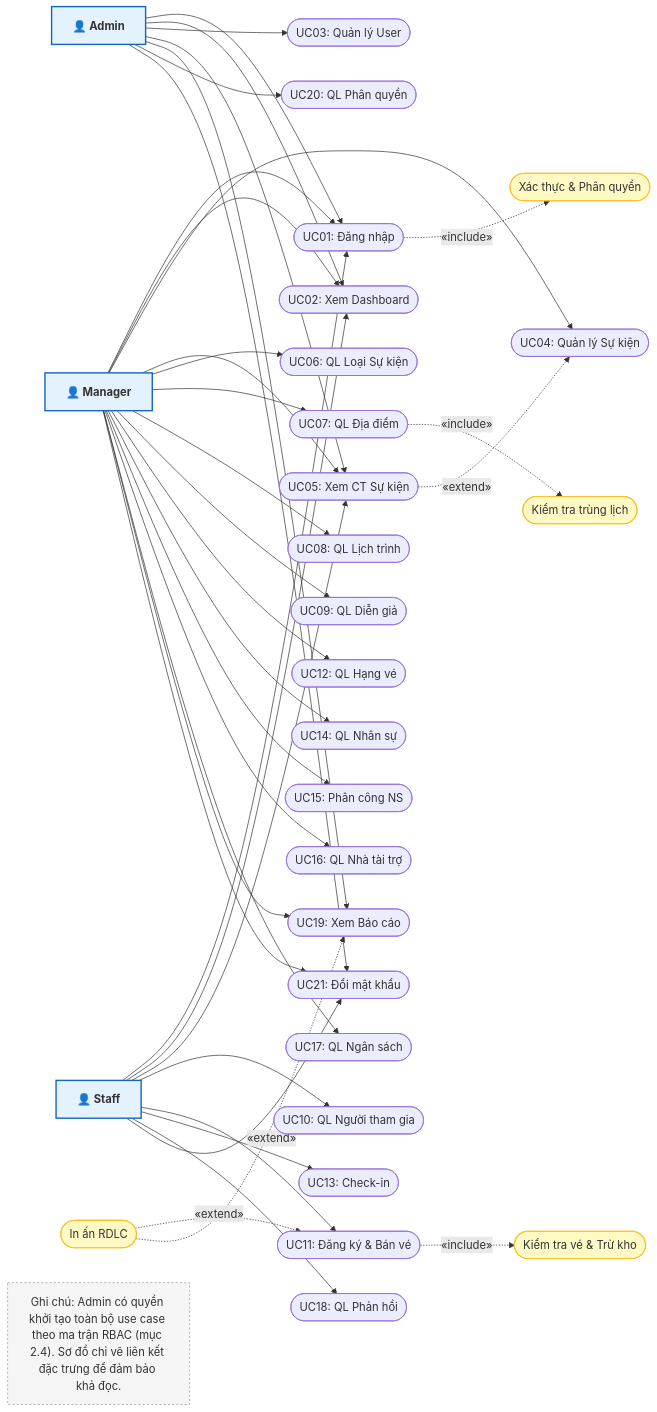
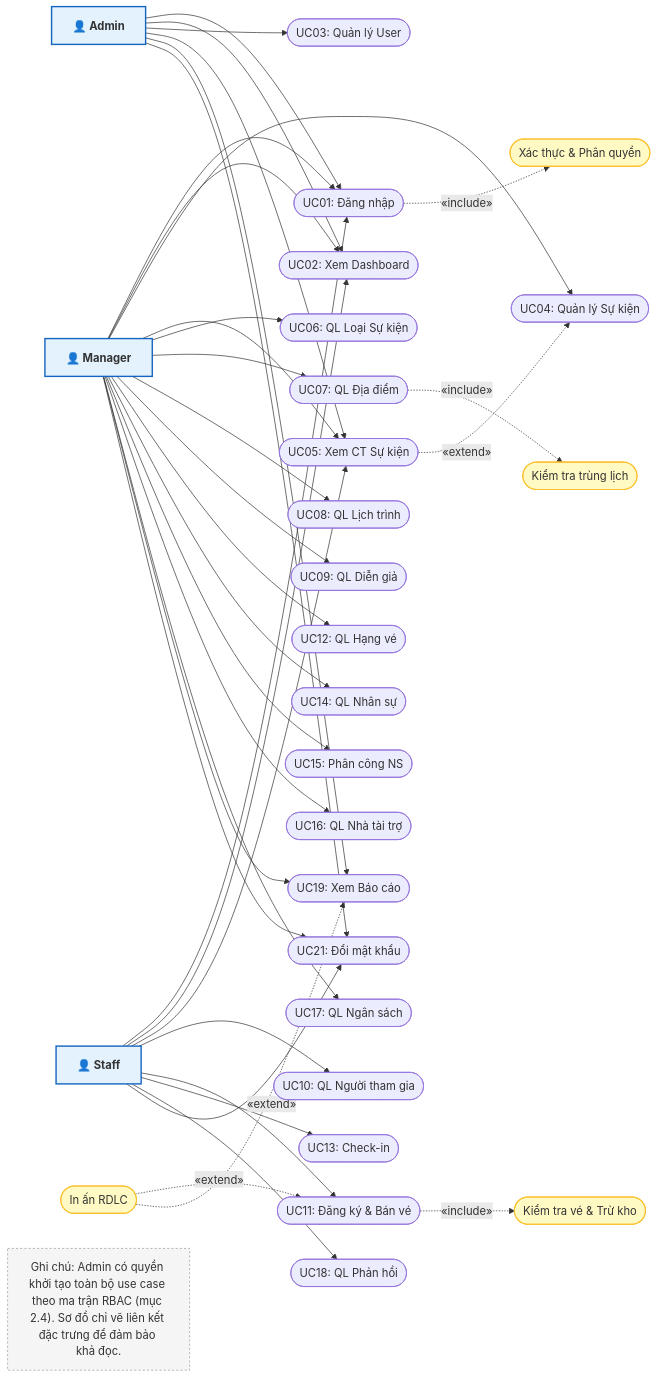
Before and after one commit to phattvh/WindowsProgramming_EventManagement: the diagram in docs/03. Sơ Đồ UseCase.md, drawn with Mermaid. The commit also changed other lines of this file and 23 other files, not shown here.

````diff
--- a/docs/03. Sơ Đồ UseCase.md
+++ b/docs/03. Sơ Đồ UseCase.md
@@ -185,62 +182,61 @@
 ```mermaid
 flowchart LR
 %% ===== DIỄN VIÊN (ACTORS) =====
 A["👤 Admin"]
 M["👤 Manager"]
 S["👤 Staff"]
 
 %% ===== USE CASE (hình stadium giả elip) =====
 UC1(["UC01: Đăng nhập"])
 UC2(["UC02: Xem Dashboard"])
 UC3(["UC03: Quản lý User"])
 UC4(["UC04: Quản lý Sự kiện"])
 UC5(["UC05: Xem CT Sự kiện"])
 UC6(["UC06: QL Loại Sự kiện"])
 UC7(["UC07: QL Địa điểm"])
 UC8(["UC08: QL Lịch trình"])
 UC9(["UC09: QL Diễn giả"])
 UC10(["UC10: QL Người tham gia"])
 UC11(["UC11: Đăng ký & Bán vé"])
 UC12(["UC12: QL Hạng vé"])
 UC13(["UC13: Check-in"])
 UC14(["UC14: QL Nhân sự"])
 UC15(["UC15: Phân công NS"])
 UC16(["UC16: QL Nhà tài trợ"])
 UC17(["UC17: QL Ngân sách"])
 UC18(["UC18: QL Phản hồi"])
 UC19(["UC19: Xem Báo cáo"])
-UC20(["UC20: QL Phân quyền"])
 UC21(["UC21: Đổi mật khẩu"])
 
 %% ===== UC HÀNH VI BÊN TRONG (include/extend) =====
 Auth(["Xác thực & Phân quyền"])
 ChkSched(["Kiểm tra trùng lịch"])
 ChkTic(["Kiểm tra vé & Trừ kho"])
 Print(["In ấn RDLC"])
 
 %% ===== LIÊN KẾT DIỄN VIÊN (mỗi cạnh chỉ vẽ 1 lần) =====
-A --> UC1 & UC2 & UC3 & UC5 & UC19 & UC20 & UC21
+A --> UC1 & UC2 & UC3 & UC5 & UC19 & UC21
 M --> UC1 & UC2 & UC4 & UC5 & UC6 & UC7 & UC8 & UC9 & UC12 & UC14 & UC15 & UC16 & UC17 & UC19 & UC21
 S --> UC1 & UC2 & UC5 & UC10 & UC11 & UC13 & UC18 & UC21
 
 %% ===== INCLUDE (gốc -.-> hành vi bắt buộc) =====
 UC1 -.->|"«include»"| Auth
 UC7 -.->|"«include»"| ChkSched
 UC11 -.->|"«include»"| ChkTic
 
 %% ===== EXTEND (mở rộng -.-> gốc) =====
 UC5 -.->|"«extend»"| UC4
 Print -.->|"«extend»"| UC11
 Print -.->|"«extend»"| UC19
 
 %% ===== ĐỊNH DẠNG & GHI CHÚ =====
 classDef actor fill:#e3f2fd,stroke:#1565c0,stroke-width:2px,font-weight:bold;
 classDef subcase fill:#fff9c4,stroke:#fbc02d,stroke-width:1.5px;
 classDef note fill:#f5f5f5,stroke:#999,stroke-dasharray:3 3;
 
 class A,M,S actor;
 class Auth,ChkSched,ChkTic,Print subcase;
 
 NOTE["Ghi chú: Admin có quyền khởi tạo toàn bộ use case theo ma trận RBAC (mục 2.4). Sơ đồ chỉ vẽ liên kết đặc trưng để đảm bảo khả đọc."]
 class NOTE note;
 ```
````
